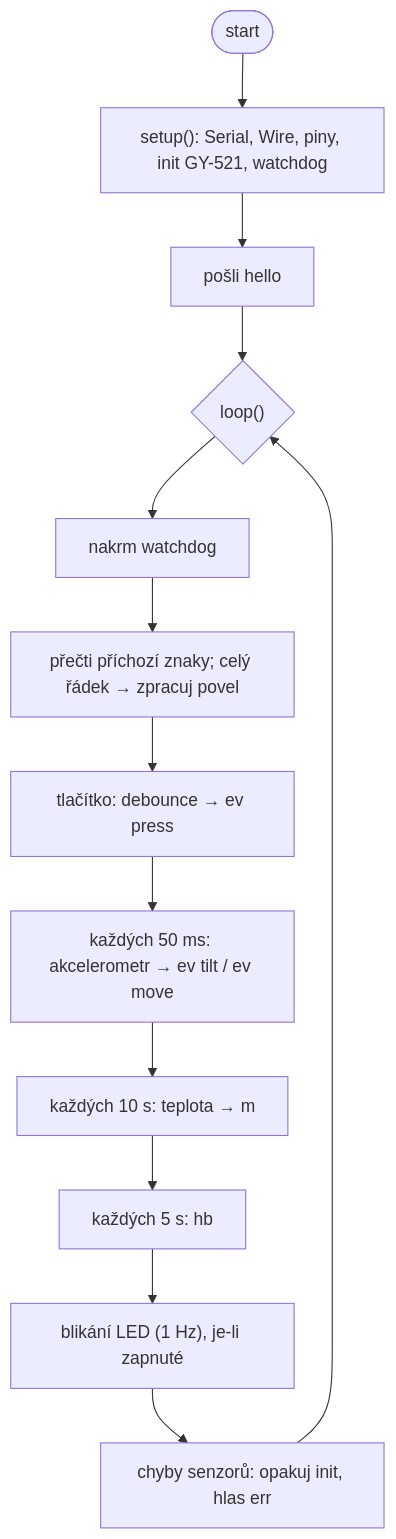
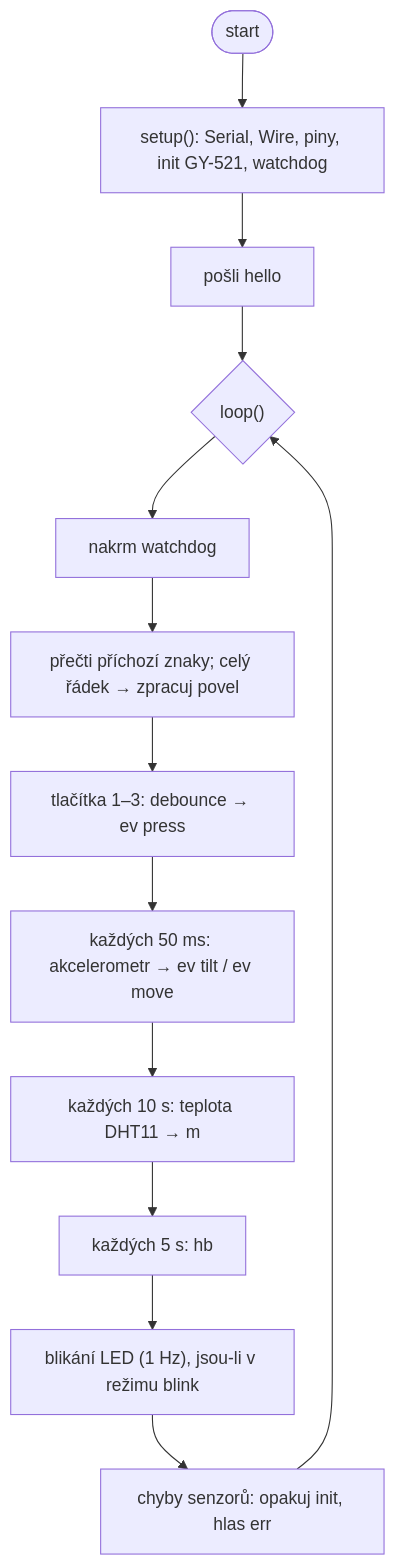
One commit to BoraY-dev/escape-room-iot changed the diagram in docs/03-application-model/iot-node.md. Above: the diagram before and after it, drawn with Mermaid. The commit also changed other lines of this file and 7 other files, not shown here.

````diff
--- a/docs/03-application-model/iot-node.md
+++ b/docs/03-application-model/iot-node.md
@@ -57,15 +59,15 @@
 ```mermaid
 flowchart TD
   S([start]) --> I["setup(): Serial, Wire, piny, init GY-521, watchdog"]
   I --> H["pošli hello"]
   H --> L{"loop()"}
   L --> W["nakrm watchdog"]
   W --> RX["přečti příchozí znaky; celý řádek → zpracuj povel"]
-  RX --> B["tlačítko: debounce → ev press"]
+  RX --> B["tlačítka 1–3: debounce → ev press"]
   B --> A["každých 50 ms: akcelerometr → ev tilt / ev move"]
-  A --> T["každých 10 s: teplota → m"]
+  A --> T["každých 10 s: teplota DHT11 → m"]
   T --> HB["každých 5 s: hb"]
-  HB --> LED["blikání LED (1 Hz), je-li zapnuté"]
+  HB --> LED["blikání LED (1 Hz), jsou-li v režimu blink"]
   LED --> E["chyby senzorů: opakuj init, hlas err"]
   E --> L
 ```
````
